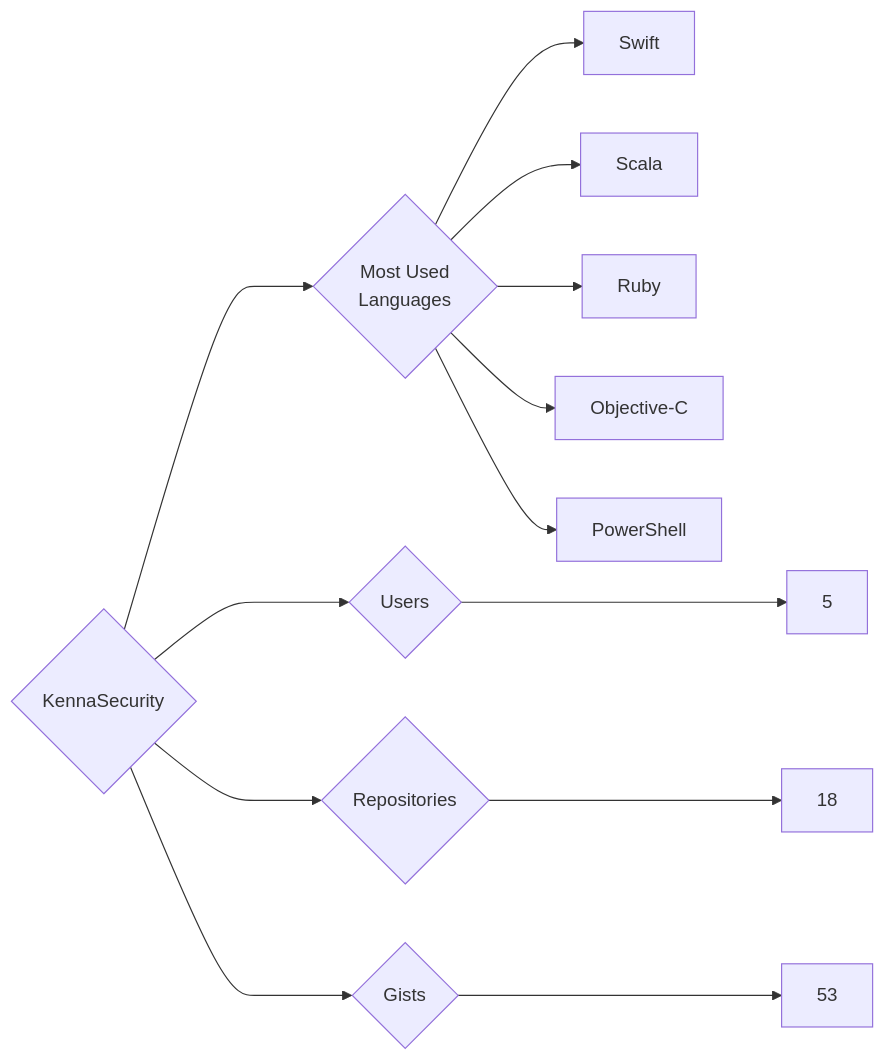
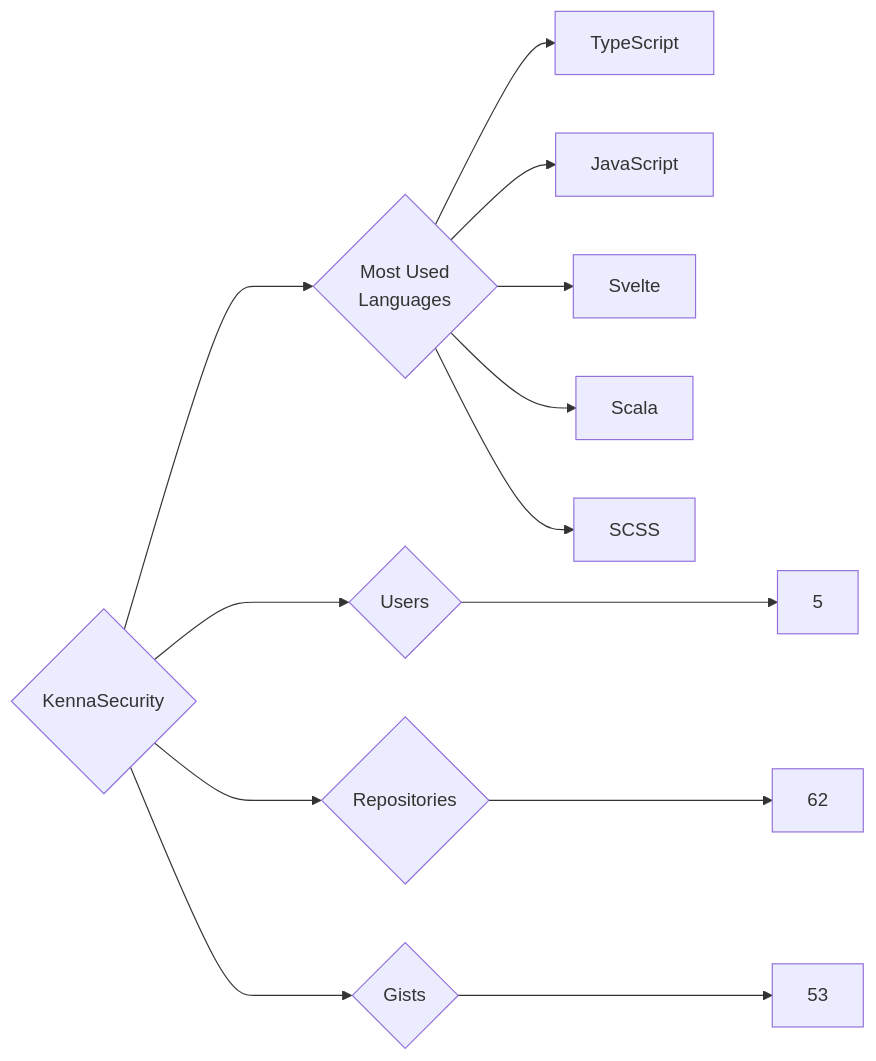
Before and after one commit to trickest/insiders: the diagram in targets/KennaSecurity/README.md, drawn with Mermaid. The commit also changed 1389 other files, not shown here.

````diff
--- a/targets/KennaSecurity/README.md
+++ b/targets/KennaSecurity/README.md
@@ -3,13 +3,13 @@
 ```mermaid
 graph LR
 COMPANY_NAME{KennaSecurity}
 COMPANY_NAME ---> U{Users} ---> UN[5]
-COMPANY_NAME ---> R{Repositories} ---> RN[18]
+COMPANY_NAME ---> R{Repositories} ---> RN[62]
 COMPANY_NAME ---> G{Gists} ---> GN[53]
 COMPANY_NAME ---> ML{Most Used<br>Languages}
-ML --> Swift[Swift]
+ML --> TypeScript[TypeScript]
+ML --> JavaScript[JavaScript]
+ML --> Svelte[Svelte]
 ML --> Scala[Scala]
-ML --> Ruby[Ruby]
-ML --> Objective-C[Objective-C]
-ML --> PowerShell[PowerShell]
+ML --> SCSS[SCSS]
 ```
````
